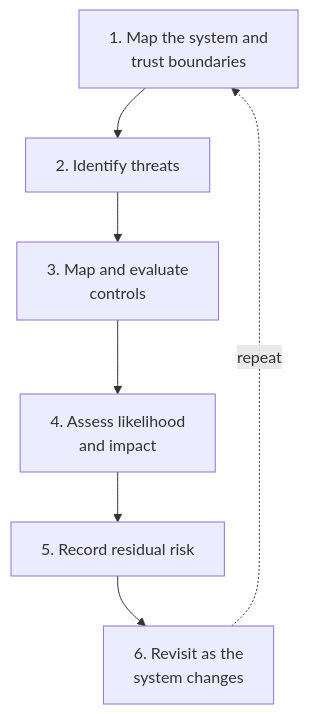
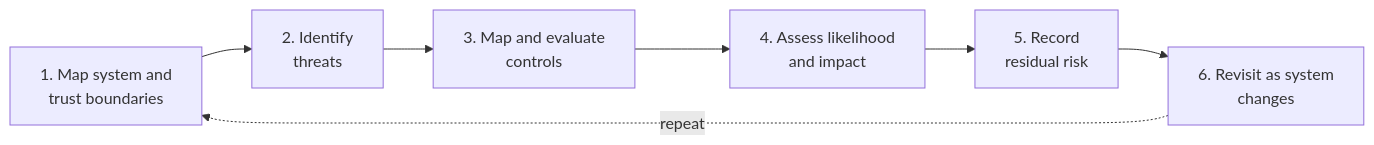
One commit to jwardon/ai-security-101 changed the diagram in 10_threat_modeling_and_risk_assessment.md. Above: the diagram before and after it, drawn with Mermaid. The commit also changed 5 other files, not shown here.

Commit message:
Polish diagram layout: center, supply-chain Mermaid, wider threat-model loop, wider author column

````diff
--- a/10_threat_modeling_and_risk_assessment.md
+++ b/10_threat_modeling_and_risk_assessment.md
@@ -9,9 +9,6 @@
 ```mermaid
-flowchart TB
-    map["1. Map the system and<br/>trust boundaries"] --> threats["2. Identify threats"]
-    threats --> controls["3. Map and evaluate<br/>controls"]
-    controls --> assess["4. Assess likelihood<br/>and impact"]
-    assess --> residual["5. Record residual risk"]
-    residual --> revisit["6. Revisit as the<br/>system changes"]
+flowchart LR
+    map["1. Map system and<br/>trust boundaries"] --> threats["2. Identify<br/>threats"] --> controls["3. Map and evaluate<br/>controls"]
+    controls --> assess["4. Assess likelihood<br/>and impact"] --> residual["5. Record<br/>residual risk"] --> revisit["6. Revisit as system<br/>changes"]
     revisit -. "repeat" .-> map
 ```
````
